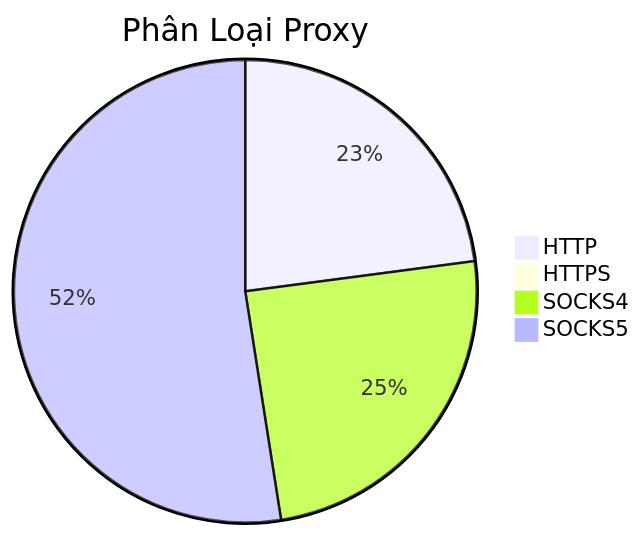
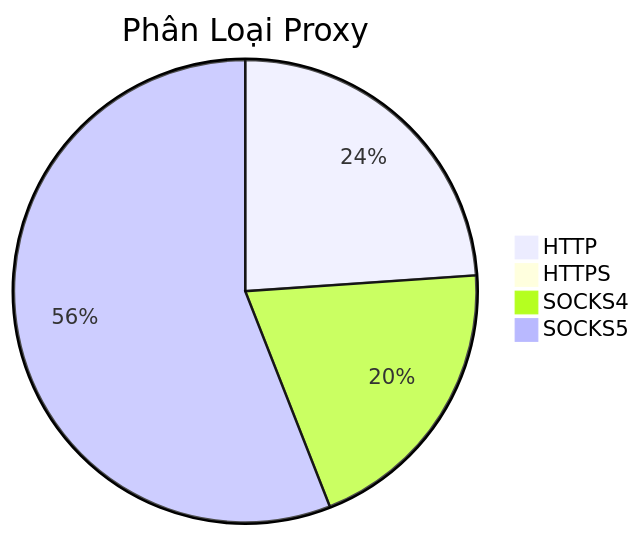
Before and after one commit to Ciara-Aa/PROXY-free: the diagram in README.md, drawn with Mermaid. The commit also changed other lines of this file and 4 other files, not shown here.

````diff
--- a/README.md
+++ b/README.md
@@ -26,7 +26,7 @@
 ```mermaid
 pie title Phân Loại Proxy
-    "HTTP" : 245
-    "HTTPS" : 1
-    "SOCKS4" : 263
-    "SOCKS5" : 561
+    "HTTP" : 317
+    "HTTPS" : 0
+    "SOCKS4" : 267
+    "SOCKS5" : 742
 ```
````
